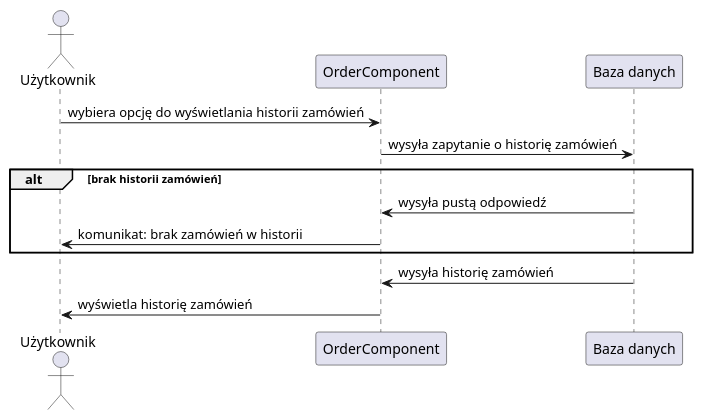
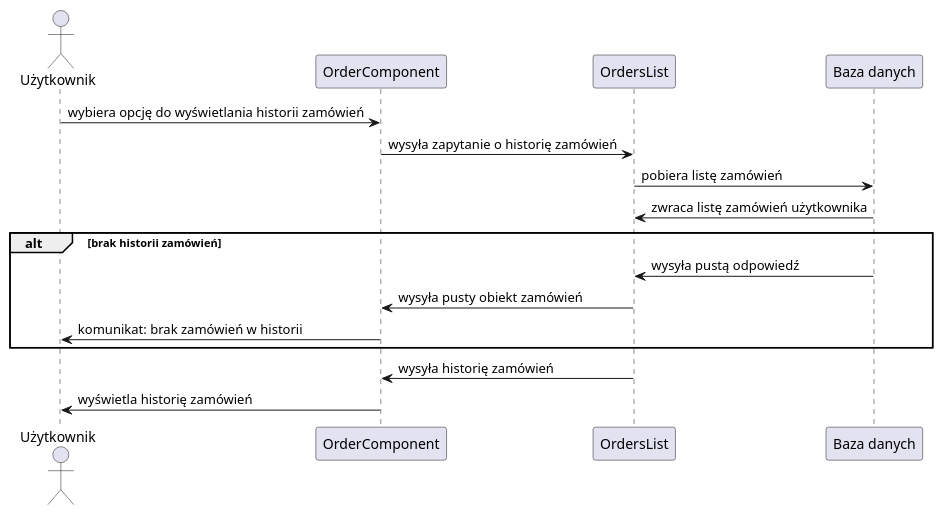
One commit to amelinium23/food-ordering-and-delivering-service changed the diagram in docs/history_sequence.md. Above: the diagram before and after it, drawn with PlantUML. The commit also changed 6 other files, not shown here.

Commit message:
Update diagrams

````diff
--- a/docs/history_sequence.md
+++ b/docs/history_sequence.md
@@ -1,17 +1,21 @@
 ```plantuml
 @startuml history
 actor Użytkownik as user
-participant "OrderComponent" as api
+participant "OrderComponent" as front
+participant "OrdersList" as api
 participant "Baza danych" as db
 
 
-user -> api : wybiera opcję do wyświetlania historii zamówień
-api -> db : wysyła zapytanie o historię zamówień
+user -> front : wybiera opcję do wyświetlania historii zamówień
+front -> api : wysyła zapytanie o historię zamówień
+api -> db : pobiera listę zamówień
+db -> api : zwraca listę zamówień użytkownika
 alt brak historii zamówień
-    api <- db : wysyła pustą odpowiedź
-    user <- api : komunikat: brak zamówień w historii
+    db -> api : wysyła pustą odpowiedź
+    front <- api : wysyła pusty obiekt zamówień
+    user <- front : komunikat: brak zamówień w historii
 end
-api <- db : wysyła historię zamówień
-user <- api : wyświetla historię zamówień
+front <- api : wysyła historię zamówień
+user <- front : wyświetla historię zamówień
 @enduml
 ```
````
